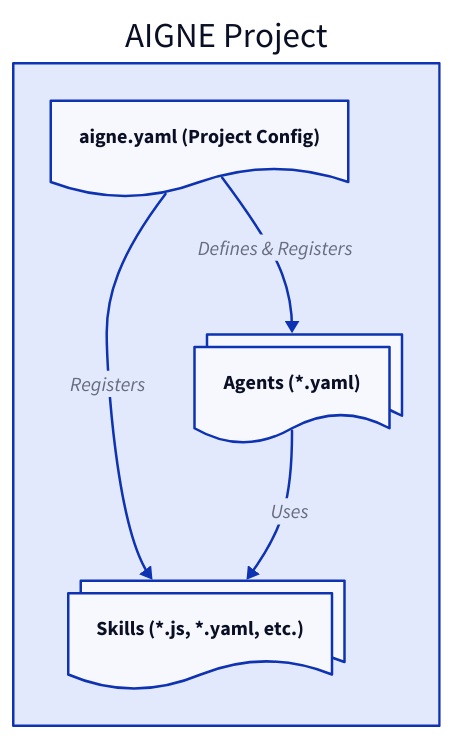
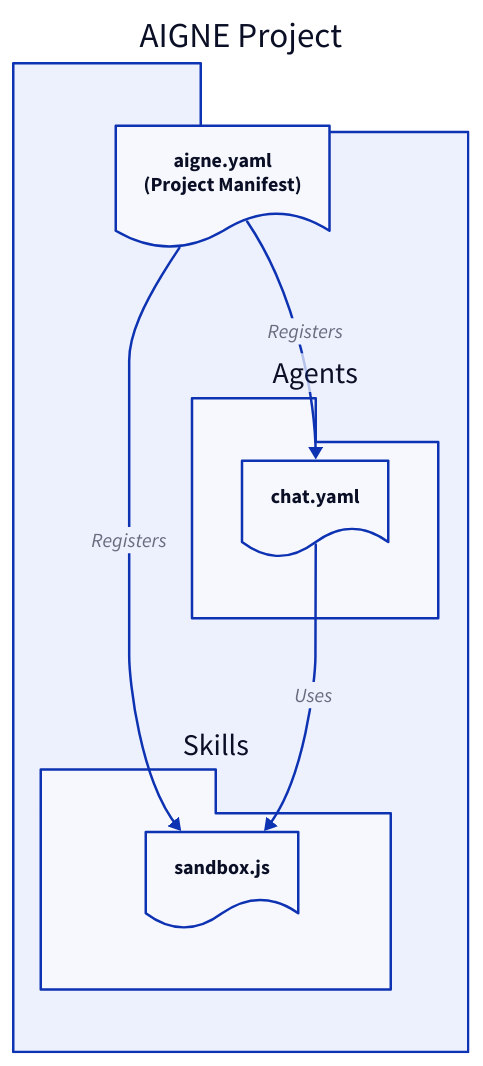
The diagram in packages/cli/docs/core-concepts.md (AIGNE-io/aigne-framework), drawn with D2 before and after one commit. The commit also changed 38 other files, not shown here.

````diff
--- a/packages/cli/docs/core-concepts.md
+++ b/packages/cli/docs/core-concepts.md
@@ -9,21 +9,33 @@
 ```d2
 direction: down
 
-"AIGNE Project": {
-  "aigne.yaml (Project Config)": { 
-    shape: document 
+AIGNE-Project: {
+  shape: package
+  label: "AIGNE Project"
+
+  aigne-yaml: {
+    shape: document
+    label: "aigne.yaml\n(Project Manifest)"
   }
-  "Agents (*.yaml)": { 
-    shape: document
-    style.multiple: true 
+
+  Agents: {
+    shape: package
+    chat-yaml: {
+      shape: document
+      label: "chat.yaml"
+    }
   }
-  "Skills (*.js, *.yaml, etc.)": { 
-    shape: document
-    style.multiple: true 
+
+  Skills: {
+    shape: package
+    sandbox-js: {
+      shape: document
+      label: "sandbox.js"
+    }
   }
+
+  aigne-yaml -> Agents.chat-yaml: "Registers"
+  aigne-yaml -> Skills.sandbox-js: "Registers"
+  Agents.chat-yaml -> Skills.sandbox-js: "Uses"
 }
-
-"AIGNE Project"."aigne.yaml (Project Config)" -> "AIGNE Project"."Agents (*.yaml)": "Defines & Registers"
-"AIGNE Project"."aigne.yaml (Project Config)" -> "AIGNE Project"."Skills (*.js, *.yaml, etc.)": "Registers"
-"AIGNE Project"."Agents (*.yaml)" -> "AIGNE Project"."Skills (*.js, *.yaml, etc.)": "Uses"
 ```
````
